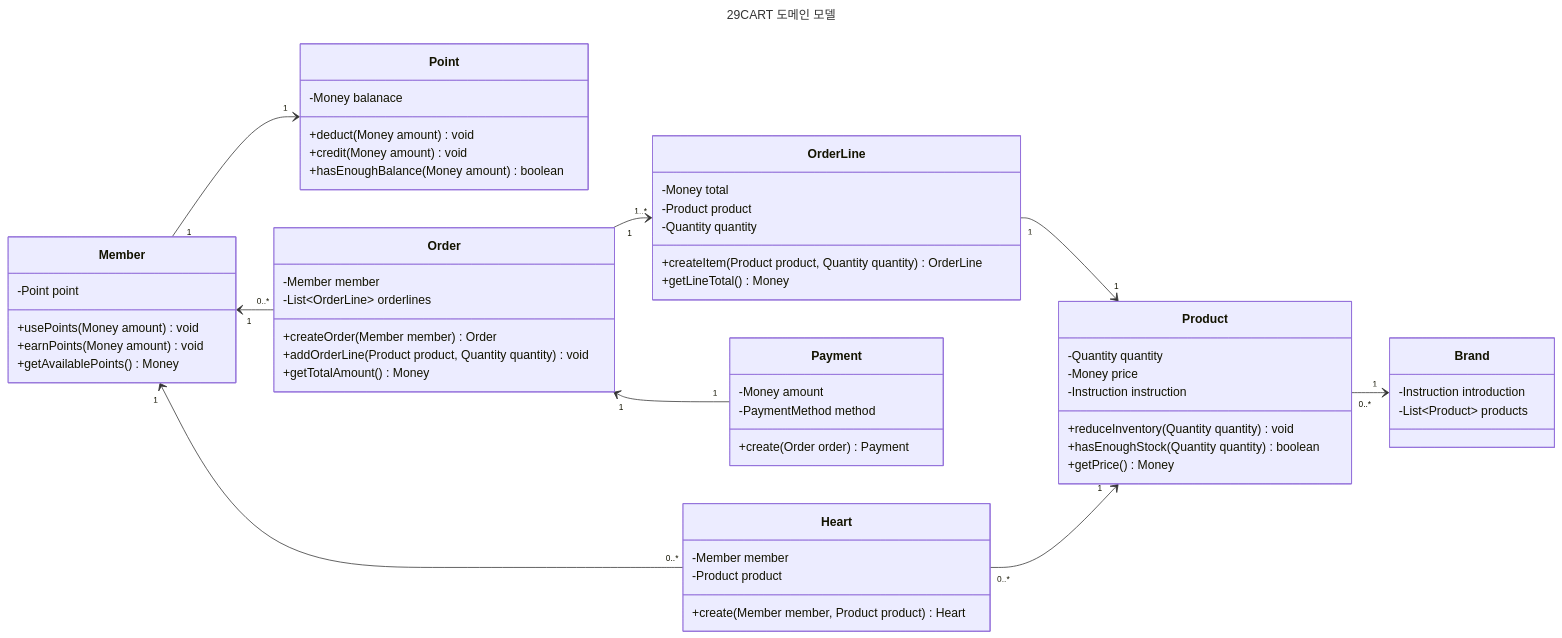
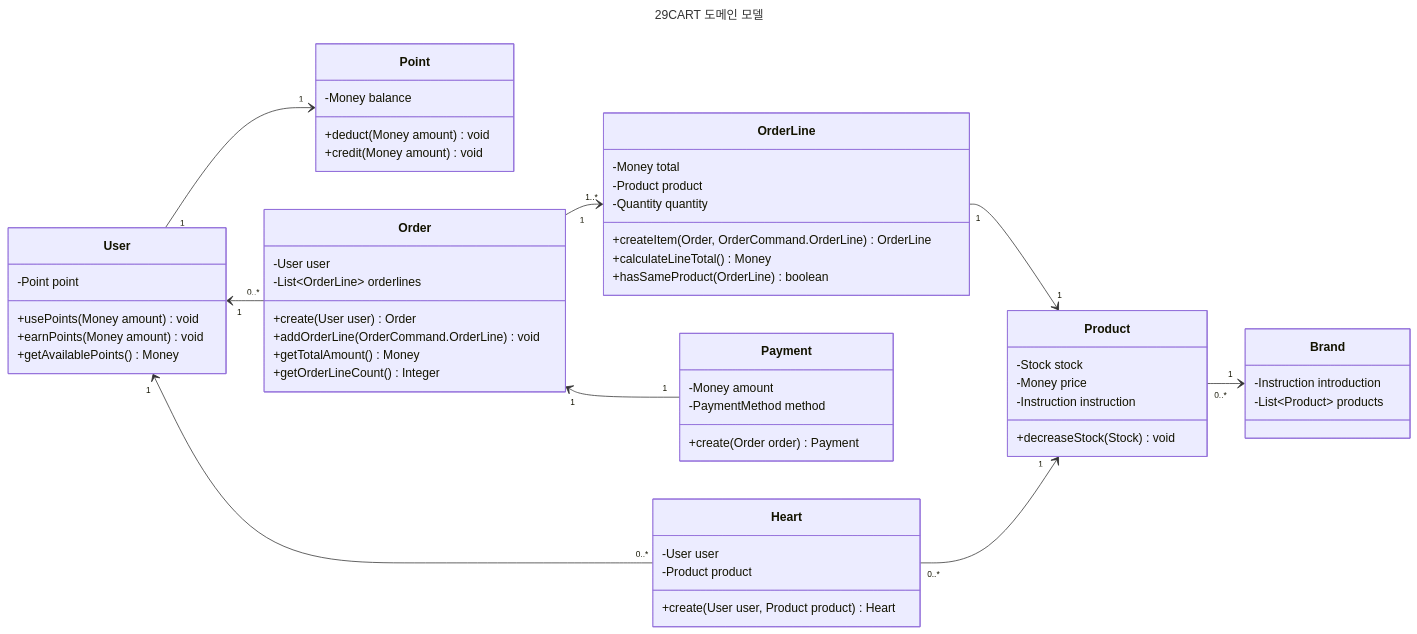
Before and after one commit to donghun0508/loopers-ecommerce: the diagram in docs/design/domains/03-class-diagrams.md, drawn with Mermaid. The commit also changed 146 other files, not shown here.

````diff
--- a/docs/design/domains/03-class-diagrams.md
+++ b/docs/design/domains/03-class-diagrams.md
@@ -1,73 +1,72 @@
 ```mermaid
 ---
 title: 29CART 도메인 모델
 ---
 classDiagram
     direction LR
 
-    class Member {
+    class User {
         -Point point
         +usePoints(Money amount) void
         +earnPoints(Money amount) void
         +getAvailablePoints() Money
     }
 
     class Point {
-        -Money balanace
+        -Money balance
         +deduct(Money amount) void
         +credit(Money amount) void
-        +hasEnoughBalance(Money amount) boolean
     }
 
     class Brand {
         -Instruction introduction
         -List~Product~ products
     }
 
     class Heart {
-        -Member member
+        -User user
         -Product product
-        +create(Member member, Product product) Heart
+        +create(User user, Product product) Heart
     }
 
     class Product {
-        -Quantity quantity
+        -Stock stock
         -Money price
         -Instruction instruction
-        +reduceInventory(Quantity quantity) void
-        +hasEnoughStock(Quantity quantity) boolean
-        +getPrice() Money
+        +decreaseStock(Stock) void
     }
 
     class Order {
-        -Member member
+        -User user
         -List~OrderLine~ orderlines
-        +createOrder(Member member) Order
-        +addOrderLine(Product product, Quantity quantity) void
+        +create(User user) Order
+        +addOrderLine(OrderCommand.OrderLine) void
         +getTotalAmount() Money
+        +getOrderLineCount() Integer
     }
 
     class OrderLine {
         -Money total
         -Product product
         -Quantity quantity
-        +createItem(Product product, Quantity quantity) OrderLine
-        +getLineTotal() Money
+        +createItem(Order, OrderCommand.OrderLine) OrderLine
+        +calculateLineTotal() Money
+        +hasSameProduct(OrderLine) boolean
     }
 
     class Payment {
         -Money amount
         -PaymentMethod method
         +create(Order order) Payment
     }
 
-    Member "1" --> "1" Point
-    Member "1" <-- "0..*" Order
-    Member "1" <-- "0..*" Heart
+    User "1" --> "1" Point
+    User "1" <-- "0..*" Order
+    User "1" <-- "0..*" Heart
     Order "1" --> "1..*" OrderLine
     Order "1" <-- "1" Payment
     OrderLine "1" --> "1" Product
     Heart "0..*" --> "1" Product
     Product "0..*" --> "1" Brand
     
 ```
````
